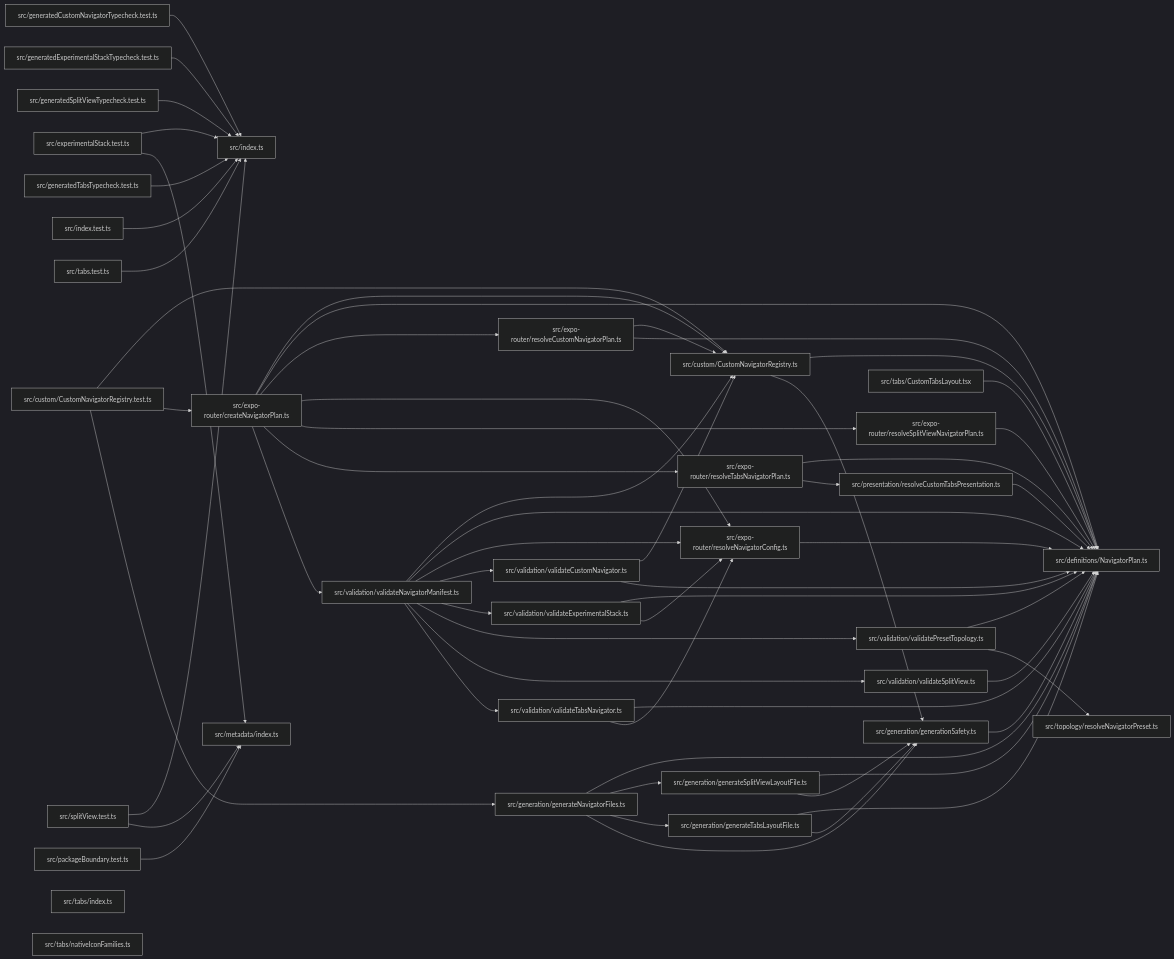
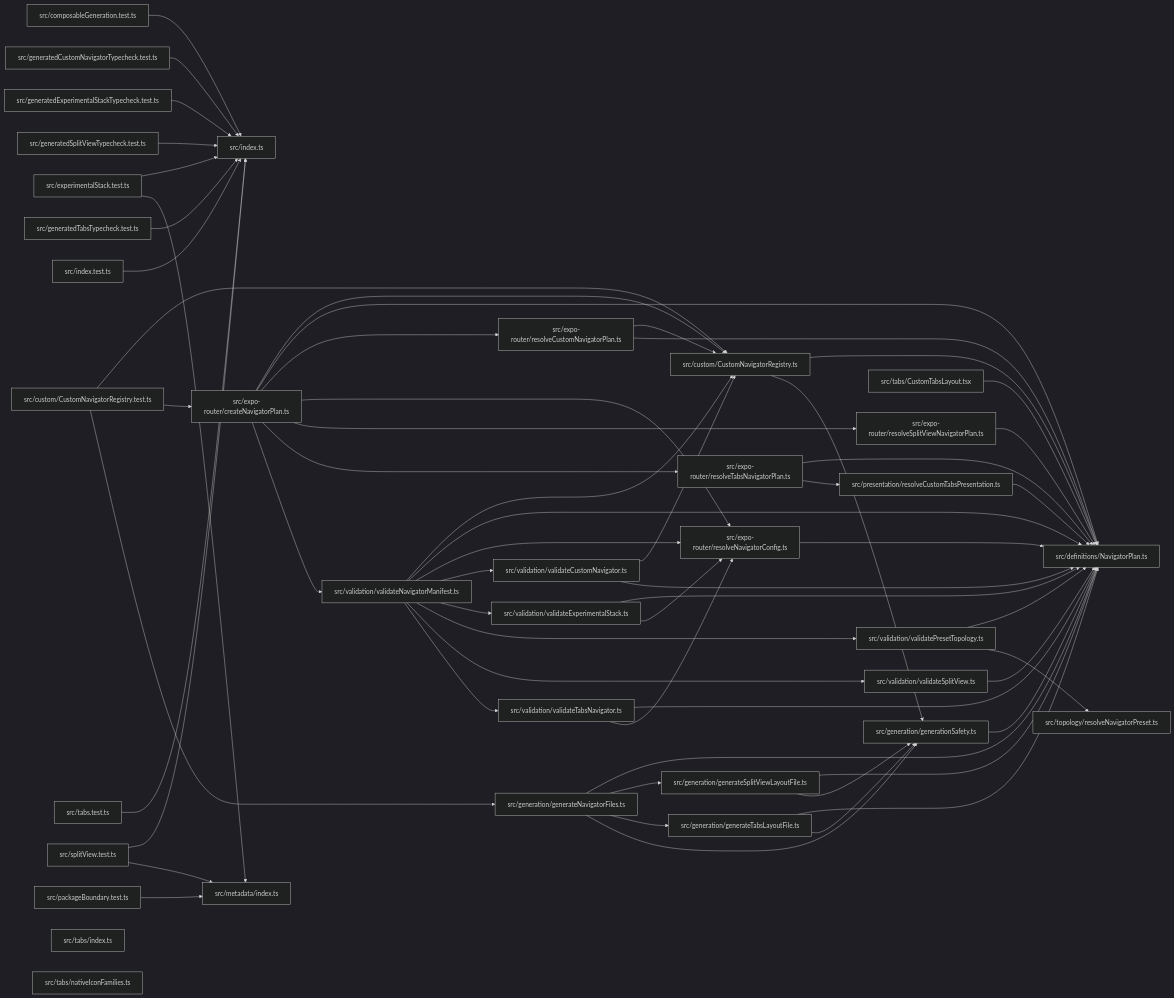
Before and after one commit to ankhorage/navigator: the diagram in paradox/diagrams/module-relationships.mmd, drawn with Mermaid (dark theme). The commit also changed 14 other files, not shown here.

```diff
--- a/paradox/diagrams/module-relationships.mmd
+++ b/paradox/diagrams/module-relationships.mmd
@@ -1,92 +1,94 @@
 graph LR
+  module_src_composableGeneration_test_ts["src/composableGeneration.test.ts"]
   module_src_custom_CustomNavigatorRegistry_test_ts["src/custom/CustomNavigatorRegistry.test.ts"]
   module_src_custom_CustomNavigatorRegistry_ts["src/custom/CustomNavigatorRegistry.ts"]
   module_src_definitions_NavigatorPlan_ts["src/definitions/NavigatorPlan.ts"]
   module_src_experimentalStack_test_ts["src/experimentalStack.test.ts"]
   module_src_expo_router_createNavigatorPlan_ts["src/expo-router/createNavigatorPlan.ts"]
   module_src_expo_router_resolveCustomNavigatorPlan_ts["src/expo-router/resolveCustomNavigatorPlan.ts"]
   module_src_expo_router_resolveNavigatorConfig_ts["src/expo-router/resolveNavigatorConfig.ts"]
   module_src_expo_router_resolveSplitViewNavigatorPlan_ts["src/expo-router/resolveSplitViewNavigatorPlan.ts"]
   module_src_expo_router_resolveTabsNavigatorPlan_ts["src/expo-router/resolveTabsNavigatorPlan.ts"]
   module_src_generatedCustomNavigatorTypecheck_test_ts["src/generatedCustomNavigatorTypecheck.test.ts"]
   module_src_generatedExperimentalStackTypecheck_test_ts["src/generatedExperimentalStackTypecheck.test.ts"]
   module_src_generatedSplitViewTypecheck_test_ts["src/generatedSplitViewTypecheck.test.ts"]
   module_src_generatedTabsTypecheck_test_ts["src/generatedTabsTypecheck.test.ts"]
   module_src_generation_generateNavigatorFiles_ts["src/generation/generateNavigatorFiles.ts"]
   module_src_generation_generateSplitViewLayoutFile_ts["src/generation/generateSplitViewLayoutFile.ts"]
   module_src_generation_generateTabsLayoutFile_ts["src/generation/generateTabsLayoutFile.ts"]
   module_src_generation_generationSafety_ts["src/generation/generationSafety.ts"]
   module_src_index_test_ts["src/index.test.ts"]
   module_src_index_ts["src/index.ts"]
   module_src_metadata_index_ts["src/metadata/index.ts"]
   module_src_packageBoundary_test_ts["src/packageBoundary.test.ts"]
   module_src_presentation_resolveCustomTabsPresentation_ts["src/presentation/resolveCustomTabsPresentation.ts"]
   module_src_splitView_test_ts["src/splitView.test.ts"]
   module_src_tabs_test_ts["src/tabs.test.ts"]
   module_src_tabs_CustomTabsLayout_tsx["src/tabs/CustomTabsLayout.tsx"]
   module_src_tabs_index_ts["src/tabs/index.ts"]
   module_src_tabs_nativeIconFamilies_ts["src/tabs/nativeIconFamilies.ts"]
   module_src_topology_resolveNavigatorPreset_ts["src/topology/resolveNavigatorPreset.ts"]
   module_src_validation_validateCustomNavigator_ts["src/validation/validateCustomNavigator.ts"]
   module_src_validation_validateExperimentalStack_ts["src/validation/validateExperimentalStack.ts"]
   module_src_validation_validateNavigatorManifest_ts["src/validation/validateNavigatorManifest.ts"]
   module_src_validation_validatePresetTopology_ts["src/validation/validatePresetTopology.ts"]
   module_src_validation_validateSplitView_ts["src/validation/validateSplitView.ts"]
   module_src_validation_validateTabsNavigator_ts["src/validation/validateTabsNavigator.ts"]
+  module_src_composableGeneration_test_ts --> module_src_index_ts
   module_src_custom_CustomNavigatorRegistry_test_ts --> module_src_custom_CustomNavigatorRegistry_ts
   module_src_custom_CustomNavigatorRegistry_test_ts --> module_src_expo_router_createNavigatorPlan_ts
   module_src_custom_CustomNavigatorRegistry_test_ts --> module_src_generation_generateNavigatorFiles_ts
   module_src_custom_CustomNavigatorRegistry_ts --> module_src_definitions_NavigatorPlan_ts
   module_src_custom_CustomNavigatorRegistry_ts --> module_src_generation_generationSafety_ts
   module_src_experimentalStack_test_ts --> module_src_index_ts
   module_src_experimentalStack_test_ts --> module_src_metadata_index_ts
   module_src_expo_router_createNavigatorPlan_ts --> module_src_custom_CustomNavigatorRegistry_ts
   module_src_expo_router_createNavigatorPlan_ts --> module_src_definitions_NavigatorPlan_ts
   module_src_expo_router_createNavigatorPlan_ts --> module_src_expo_router_resolveCustomNavigatorPlan_ts
   module_src_expo_router_createNavigatorPlan_ts --> module_src_expo_router_resolveNavigatorConfig_ts
   module_src_expo_router_createNavigatorPlan_ts --> module_src_expo_router_resolveSplitViewNavigatorPlan_ts
   module_src_expo_router_createNavigatorPlan_ts --> module_src_expo_router_resolveTabsNavigatorPlan_ts
   module_src_expo_router_createNavigatorPlan_ts --> module_src_validation_validateNavigatorManifest_ts
   module_src_expo_router_resolveCustomNavigatorPlan_ts --> module_src_custom_CustomNavigatorRegistry_ts
   module_src_expo_router_resolveCustomNavigatorPlan_ts --> module_src_definitions_NavigatorPlan_ts
   module_src_expo_router_resolveNavigatorConfig_ts --> module_src_definitions_NavigatorPlan_ts
   module_src_expo_router_resolveSplitViewNavigatorPlan_ts --> module_src_definitions_NavigatorPlan_ts
   module_src_expo_router_resolveTabsNavigatorPlan_ts --> module_src_definitions_NavigatorPlan_ts
   module_src_expo_router_resolveTabsNavigatorPlan_ts --> module_src_presentation_resolveCustomTabsPresentation_ts
   module_src_generatedCustomNavigatorTypecheck_test_ts --> module_src_index_ts
   module_src_generatedExperimentalStackTypecheck_test_ts --> module_src_index_ts
   module_src_generatedSplitViewTypecheck_test_ts --> module_src_index_ts
   module_src_generatedTabsTypecheck_test_ts --> module_src_index_ts
   module_src_generation_generateNavigatorFiles_ts --> module_src_definitions_NavigatorPlan_ts
   module_src_generation_generateNavigatorFiles_ts --> module_src_generation_generateSplitViewLayoutFile_ts
   module_src_generation_generateNavigatorFiles_ts --> module_src_generation_generateTabsLayoutFile_ts
   module_src_generation_generateNavigatorFiles_ts --> module_src_generation_generationSafety_ts
   module_src_generation_generateSplitViewLayoutFile_ts --> module_src_definitions_NavigatorPlan_ts
   module_src_generation_generateSplitViewLayoutFile_ts --> module_src_generation_generationSafety_ts
   module_src_generation_generateTabsLayoutFile_ts --> module_src_definitions_NavigatorPlan_ts
   module_src_generation_generateTabsLayoutFile_ts --> module_src_generation_generationSafety_ts
   module_src_generation_generationSafety_ts --> module_src_definitions_NavigatorPlan_ts
   module_src_index_test_ts --> module_src_index_ts
   module_src_packageBoundary_test_ts --> module_src_metadata_index_ts
   module_src_presentation_resolveCustomTabsPresentation_ts --> module_src_definitions_NavigatorPlan_ts
   module_src_splitView_test_ts --> module_src_index_ts
   module_src_splitView_test_ts --> module_src_metadata_index_ts
   module_src_tabs_test_ts --> module_src_index_ts
   module_src_tabs_CustomTabsLayout_tsx --> module_src_definitions_NavigatorPlan_ts
   module_src_validation_validateCustomNavigator_ts --> module_src_custom_CustomNavigatorRegistry_ts
   module_src_validation_validateCustomNavigator_ts --> module_src_definitions_NavigatorPlan_ts
   module_src_validation_validateExperimentalStack_ts --> module_src_definitions_NavigatorPlan_ts
   module_src_validation_validateExperimentalStack_ts --> module_src_expo_router_resolveNavigatorConfig_ts
   module_src_validation_validateNavigatorManifest_ts --> module_src_custom_CustomNavigatorRegistry_ts
   module_src_validation_validateNavigatorManifest_ts --> module_src_definitions_NavigatorPlan_ts
   module_src_validation_validateNavigatorManifest_ts --> module_src_expo_router_resolveNavigatorConfig_ts
   module_src_validation_validateNavigatorManifest_ts --> module_src_validation_validateCustomNavigator_ts
   module_src_validation_validateNavigatorManifest_ts --> module_src_validation_validateExperimentalStack_ts
   module_src_validation_validateNavigatorManifest_ts --> module_src_validation_validatePresetTopology_ts
   module_src_validation_validateNavigatorManifest_ts --> module_src_validation_validateSplitView_ts
   module_src_validation_validateNavigatorManifest_ts --> module_src_validation_validateTabsNavigator_ts
   module_src_validation_validatePresetTopology_ts --> module_src_definitions_NavigatorPlan_ts
   module_src_validation_validatePresetTopology_ts --> module_src_topology_resolveNavigatorPreset_ts
   module_src_validation_validateSplitView_ts --> module_src_definitions_NavigatorPlan_ts
   module_src_validation_validateTabsNavigator_ts --> module_src_definitions_NavigatorPlan_ts
   module_src_validation_validateTabsNavigator_ts --> module_src_expo_router_resolveNavigatorConfig_ts
```
